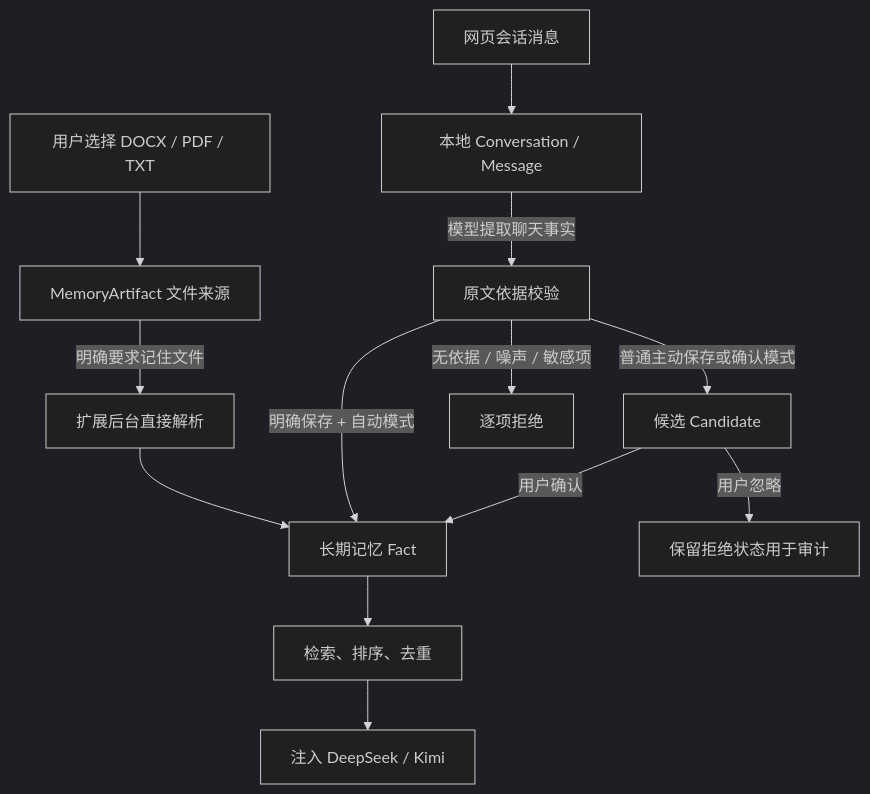
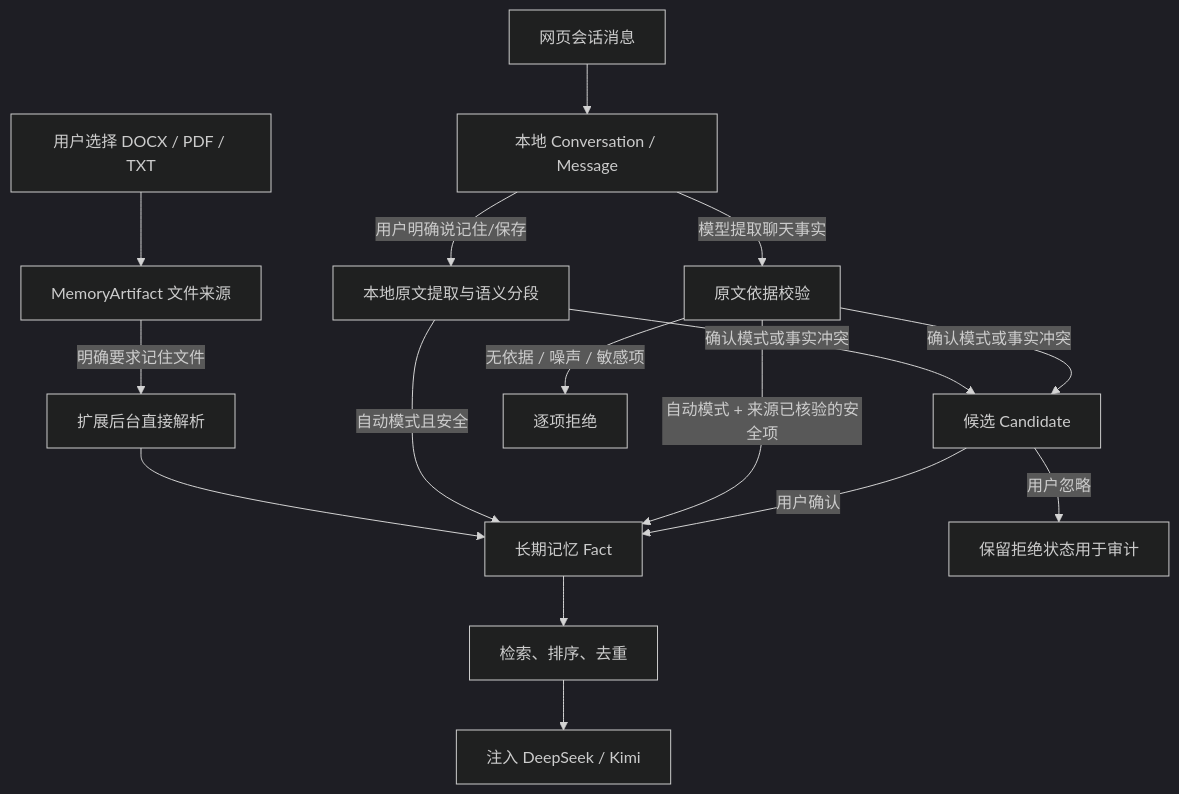
The diagram in doc/08-OmniAgent-当前记忆逻辑.md (1807426002/OmniAgent), drawn with Mermaid (dark theme) before and after one commit. The commit also changed other lines of this file and 32 other files, not shown here.

````diff
--- a/doc/08-OmniAgent-当前记忆逻辑.md
+++ b/doc/08-OmniAgent-当前记忆逻辑.md
@@ -15,15 +15,18 @@
 ```mermaid
 flowchart TD
   A[网页会话消息] --> S[本地 Conversation / Message]
   B[用户选择 DOCX / PDF / TXT] --> R[MemoryArtifact 文件来源]
   R -->|明确要求记住文件| P[扩展后台直接解析]
   P --> F[长期记忆 Fact]
+  S -->|用户明确说记住/保存| U[本地原文提取与语义分段]
+  U -->|自动模式且安全| F
+  U -->|确认模式或事实冲突| C
   S -->|模型提取聊天事实| V[原文依据校验]
-  V -->|明确保存 + 自动模式| F
-  V -->|普通主动保存或确认模式| C[候选 Candidate]
+  V -->|自动模式 + 来源已核验的安全项| F
+  V -->|确认模式或事实冲突| C[候选 Candidate]
   V -->|无依据 / 噪声 / 敏感项| X[逐项拒绝]
   C -->|用户确认| F
   C -->|用户忽略| J[保留拒绝状态用于审计]
   F --> Q[检索、排序、去重]
   Q --> I[注入 DeepSeek / Kimi]
 ```
````
